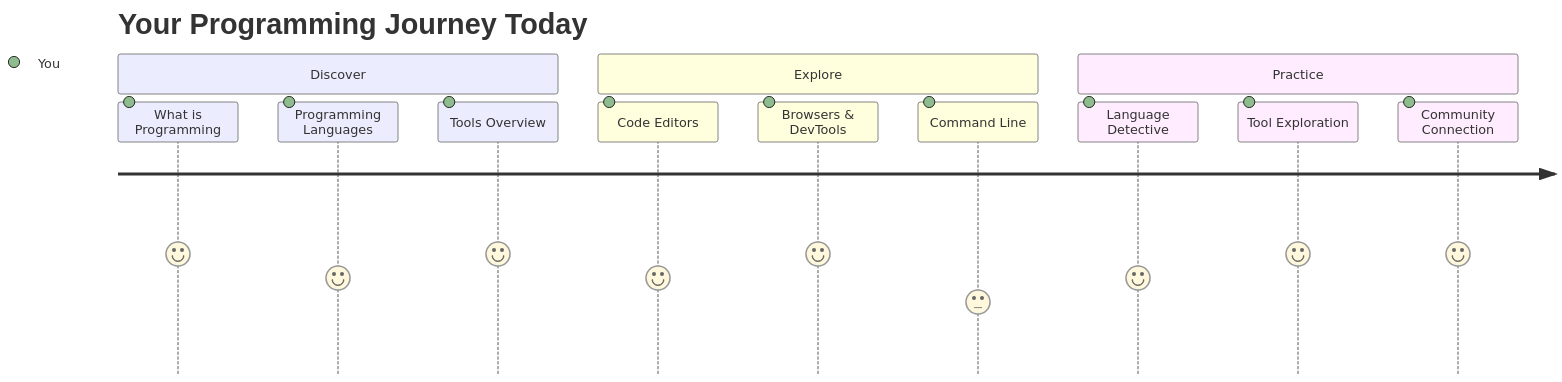
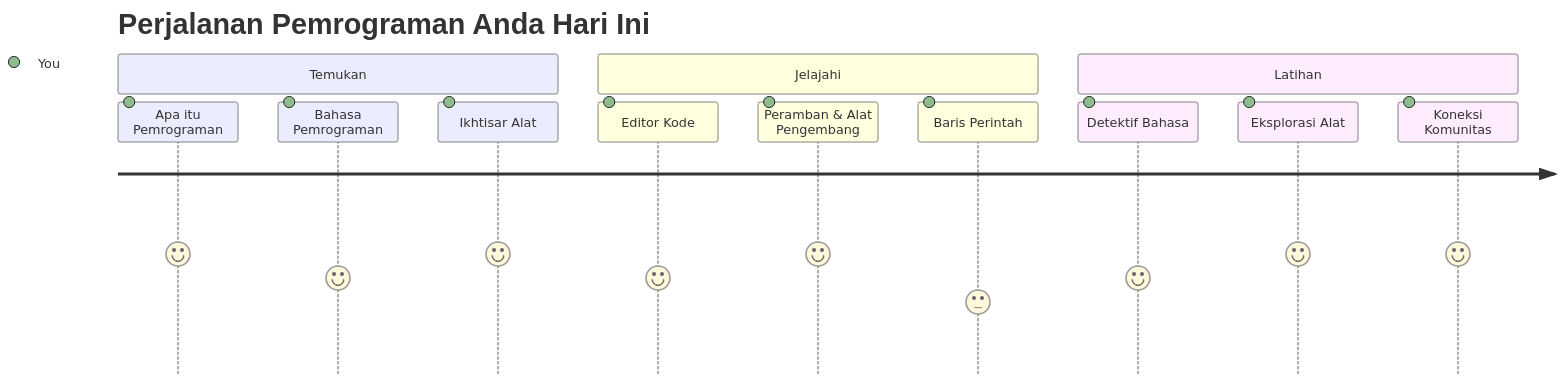
The first of 7 diagrams in translations/id/1-getting-started-lessons/1-intro-to-programming-languages/README.md (microsoft/Web-Dev-For-Beginners), drawn with Mermaid before and after one commit. The commit also changed other lines of this file and 11 other files, not shown here.

````diff
--- a/translations/id/1-getting-started-lessons/1-intro-to-programming-languages/README.md
+++ b/translations/id/1-getting-started-lessons/1-intro-to-programming-languages/README.md
@@ -14,16 +14,16 @@
 ```mermaid
 journey
-    title Your Programming Journey Today
-    section Discover
-      What is Programming: 5: You
-      Programming Languages: 4: You
-      Tools Overview: 5: You
-    section Explore
-      Code Editors: 4: You
-      Browsers & DevTools: 5: You
-      Command Line: 3: You
-    section Practice
-      Language Detective: 4: You
-      Tool Exploration: 5: You
-      Community Connection: 5: You
+    title Perjalanan Pemrograman Anda Hari Ini
+    section Temukan
+      Apa itu Pemrograman: 5: You
+      Bahasa Pemrograman: 4: You
+      Ikhtisar Alat: 5: You
+    section Jelajahi
+      Editor Kode: 4: You
+      Peramban & Alat Pengembang: 5: You
+      Baris Perintah: 3: You
+    section Latihan
+      Detektif Bahasa: 4: You
+      Eksplorasi Alat: 5: You
+      Koneksi Komunitas: 5: You
 ```
````
